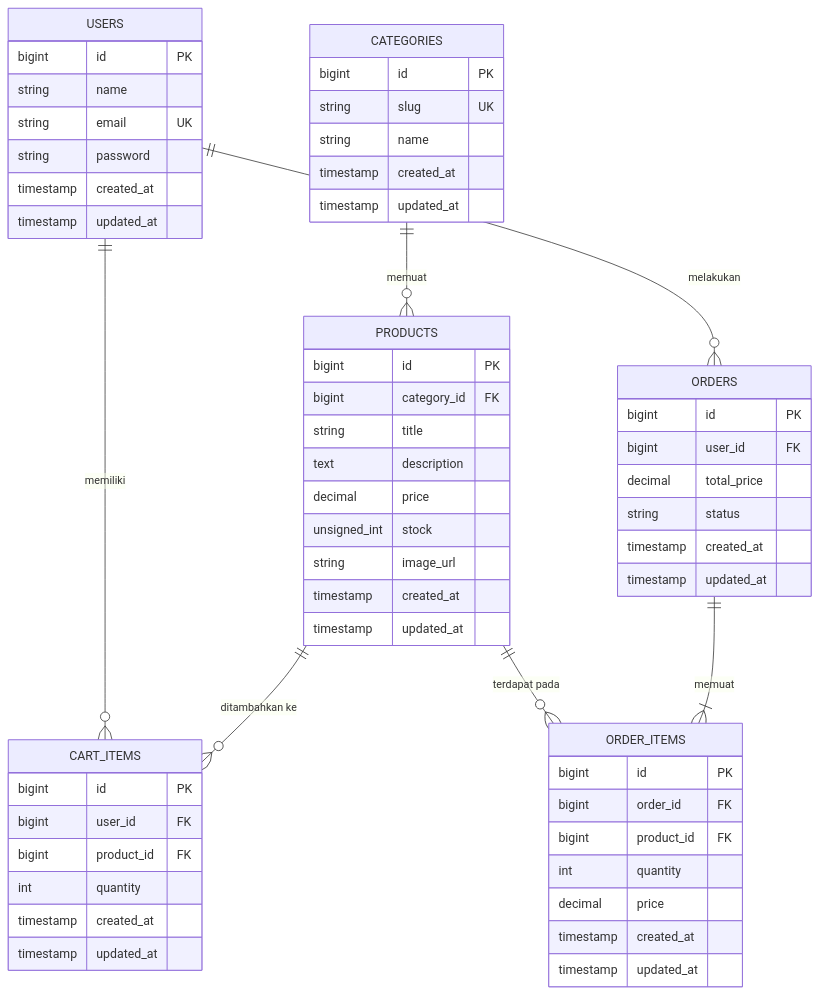
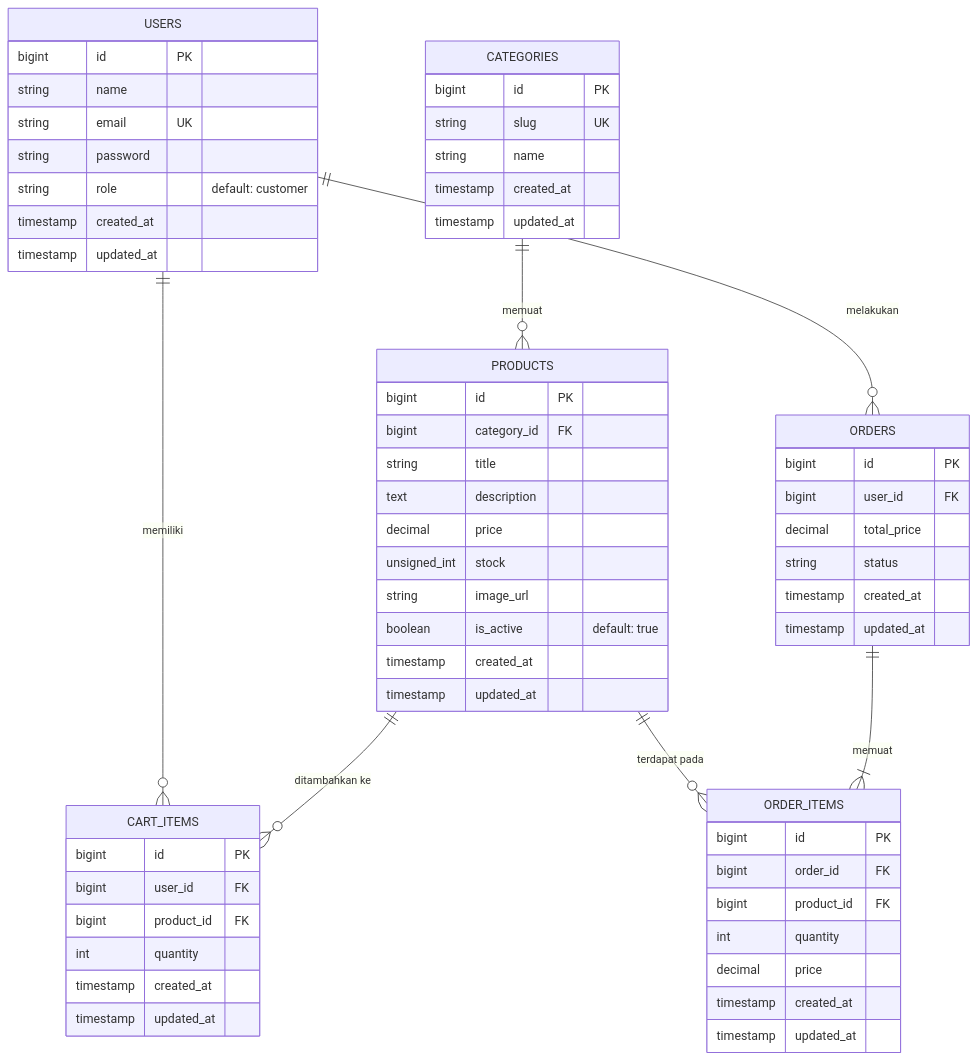
One commit to Vyrooo/Talenavi changed the diagram in README.md. Above: the diagram before and after it, drawn with Mermaid. The commit also changed other lines of this file and 39 other files, not shown here.

````diff
--- a/README.md
+++ b/README.md
@@ -102,66 +78,68 @@
 ```mermaid
 erDiagram
     USERS ||--o{ CART_ITEMS : "memiliki"
     USERS ||--o{ ORDERS : "melakukan"
     CATEGORIES ||--o{ PRODUCTS : "memuat"
     PRODUCTS ||--o{ CART_ITEMS : "ditambahkan ke"
     PRODUCTS ||--o{ ORDER_ITEMS : "terdapat pada"
     ORDERS ||--|{ ORDER_ITEMS : "memuat"
 
     USERS {
         bigint id PK
         string name
         string email UK
         string password
+        string role "default: customer"
         timestamp created_at
         timestamp updated_at
     }
 
     CATEGORIES {
         bigint id PK
         string slug UK
         string name
         timestamp created_at
         timestamp updated_at
     }
 
     PRODUCTS {
         bigint id PK
         bigint category_id FK
         string title
         text description
         decimal price
         unsigned_int stock
         string image_url
+        boolean is_active "default: true"
         timestamp created_at
         timestamp updated_at
     }
 
     CART_ITEMS {
         bigint id PK
         bigint user_id FK
         bigint product_id FK
         int quantity
         timestamp created_at
         timestamp updated_at
     }
 
     ORDERS {
         bigint id PK
         bigint user_id FK
         decimal total_price
         string status
         timestamp created_at
         timestamp updated_at
     }
 
     ORDER_ITEMS {
         bigint id PK
         bigint order_id FK
         bigint product_id FK
         int quantity
         decimal price
         timestamp created_at
         timestamp updated_at
     }
 ```
````
